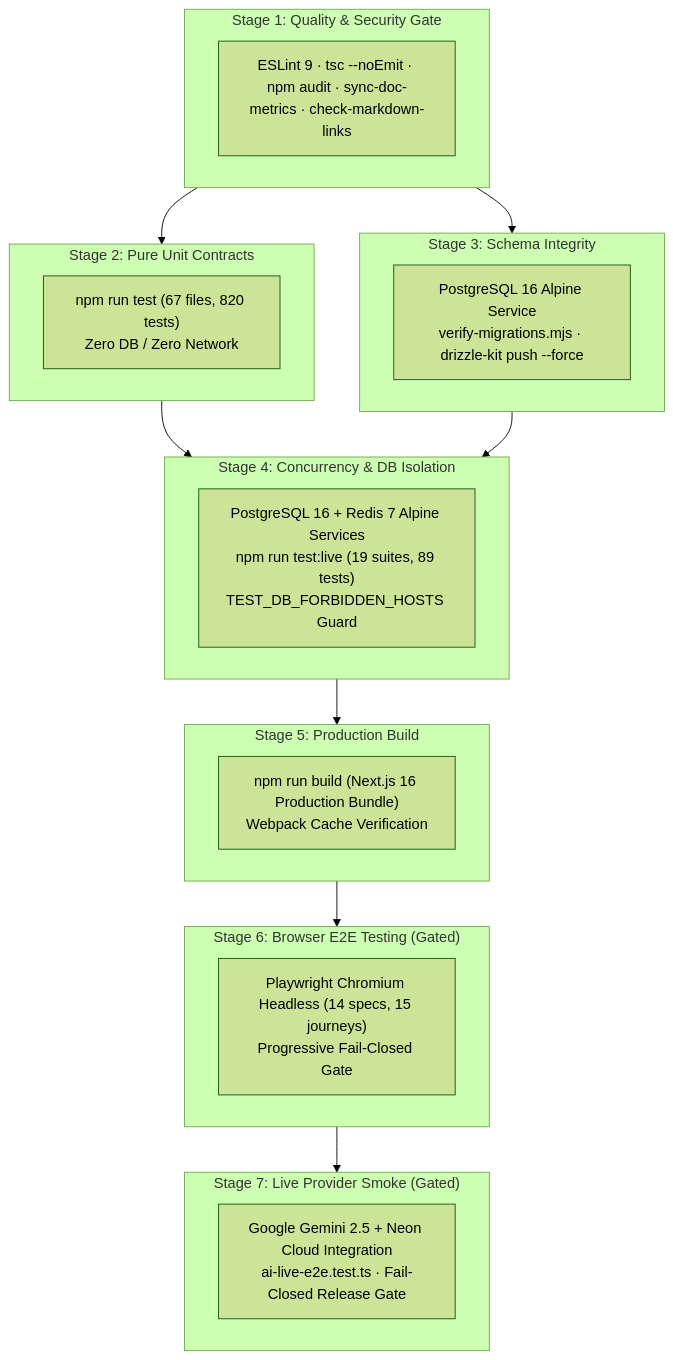
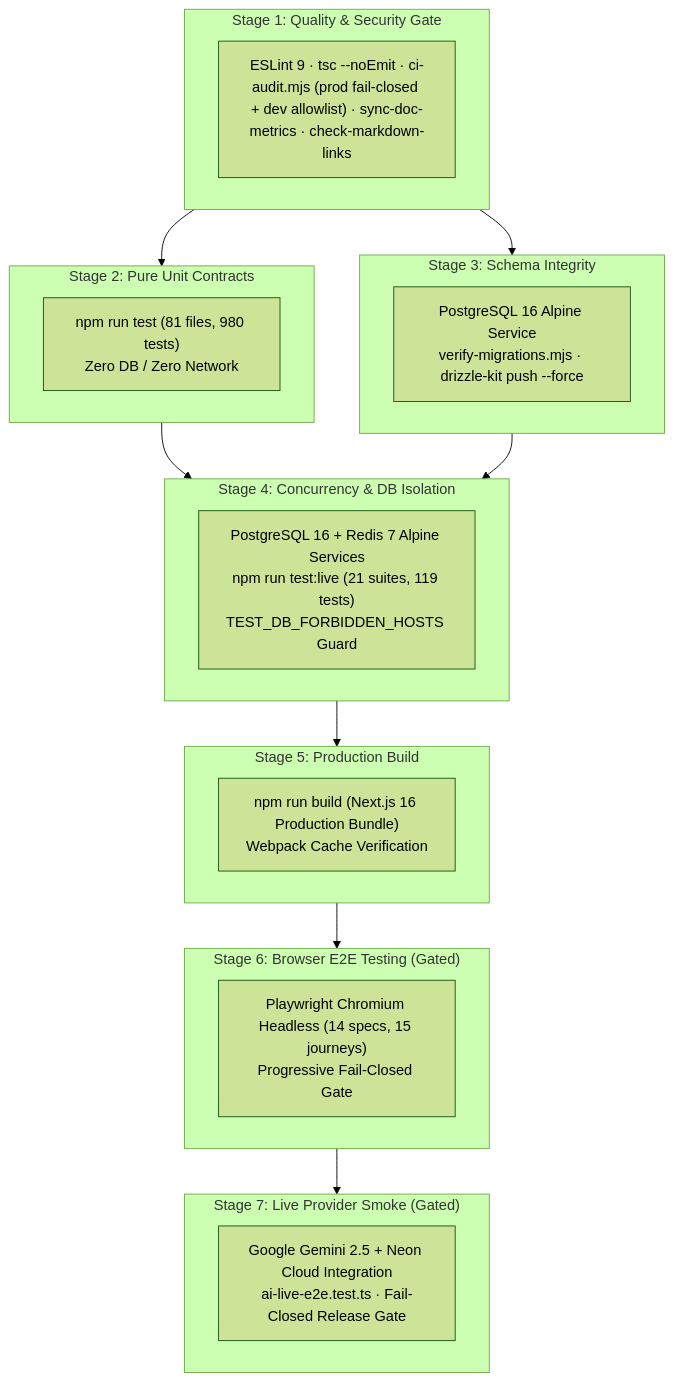
One commit to Abdullah931-stack/LUGX changed the first of 2 diagrams in docs/reference/ci-pipeline.md. Above: the diagram before and after it, drawn with Mermaid (forest theme). The commit also changed other lines of this file and 9 other files, not shown here.

````diff
--- a/docs/reference/ci-pipeline.md
+++ b/docs/reference/ci-pipeline.md
@@ -25,38 +25,38 @@
 ```mermaid
 flowchart TD
     subgraph S1 ["Stage 1: Quality & Security Gate"]
-        QG["ESLint 9 · tsc --noEmit · npm audit · sync-doc-metrics · check-markdown-links"]
+        QG["ESLint 9 · tsc --noEmit · ci-audit.mjs (prod fail-closed + dev allowlist) · sync-doc-metrics · check-markdown-links"]
     end
 
     subgraph S2 ["Stage 2: Pure Unit Contracts"]
-        UC["npm run test (67 files, 820 tests)<br/>Zero DB / Zero Network"]
+        UC["npm run test (81 files, 980 tests)<br/>Zero DB / Zero Network"]
     end
 
     subgraph S3 ["Stage 3: Schema Integrity"]
         SI["PostgreSQL 16 Alpine Service<br/>verify-migrations.mjs · drizzle-kit push --force"]
     end
 
     subgraph S4 ["Stage 4: Concurrency & DB Isolation"]
-        CDI["PostgreSQL 16 + Redis 7 Alpine Services<br/>npm run test:live (19 suites, 89 tests)<br/>TEST_DB_FORBIDDEN_HOSTS Guard"]
+        CDI["PostgreSQL 16 + Redis 7 Alpine Services<br/>npm run test:live (21 suites, 119 tests)<br/>TEST_DB_FORBIDDEN_HOSTS Guard"]
     end
 
     subgraph S5 ["Stage 5: Production Build"]
         PB["npm run build (Next.js 16 Production Bundle)<br/>Webpack Cache Verification"]
     end
 
     subgraph S6 ["Stage 6: Browser E2E Testing (Gated)"]
         E2E["Playwright Chromium Headless (14 specs, 15 journeys)<br/>Progressive Fail-Closed Gate"]
     end
 
     subgraph S7 ["Stage 7: Live Provider Smoke (Gated)"]
         SMOKE["Google Gemini 2.5 + Neon Cloud Integration<br/>ai-live-e2e.test.ts · Fail-Closed Release Gate"]
     end
 
     S1 --> S2
     S1 --> S3
     S2 --> S4
     S3 --> S4
     S4 --> S5
     S5 --> S6
     S6 --> S7
 ```
````
